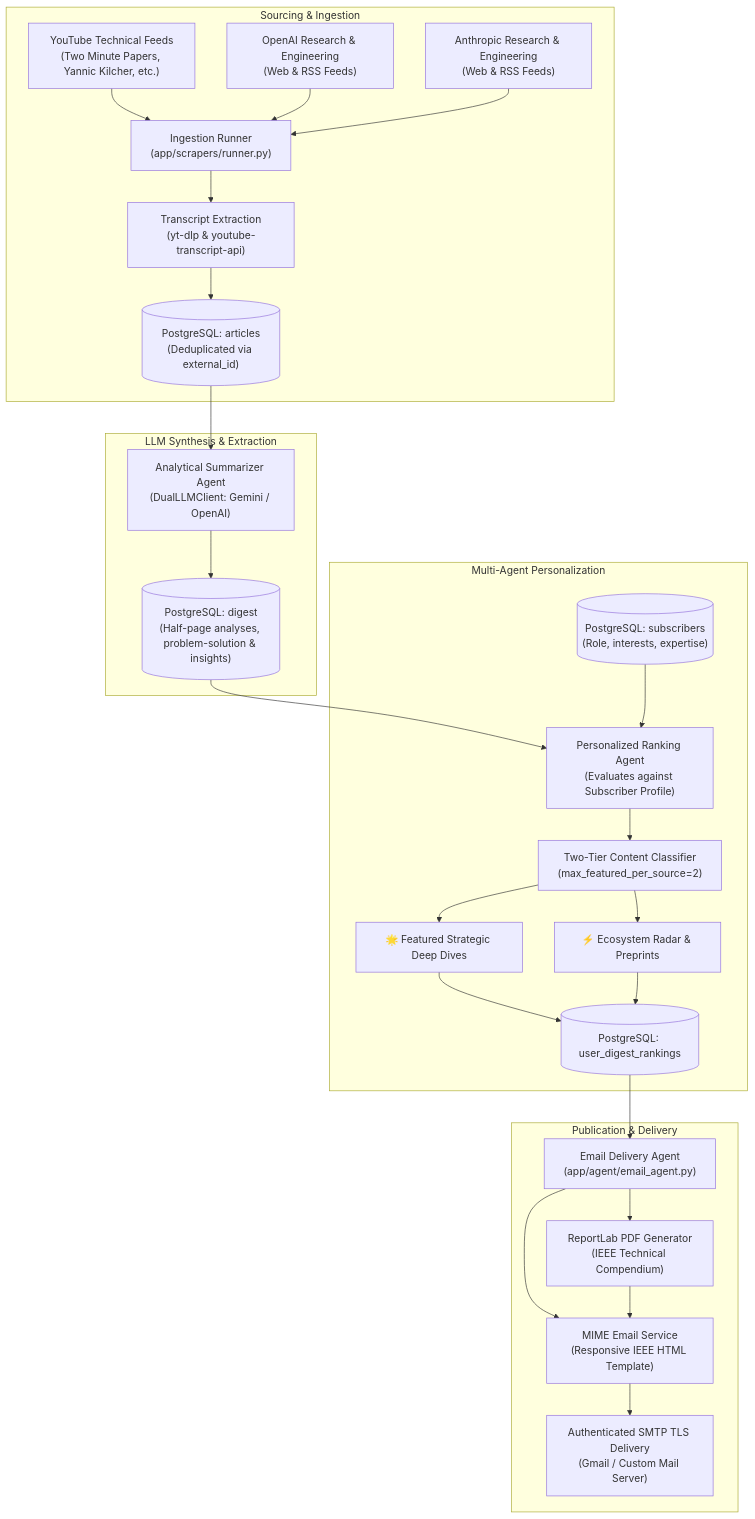
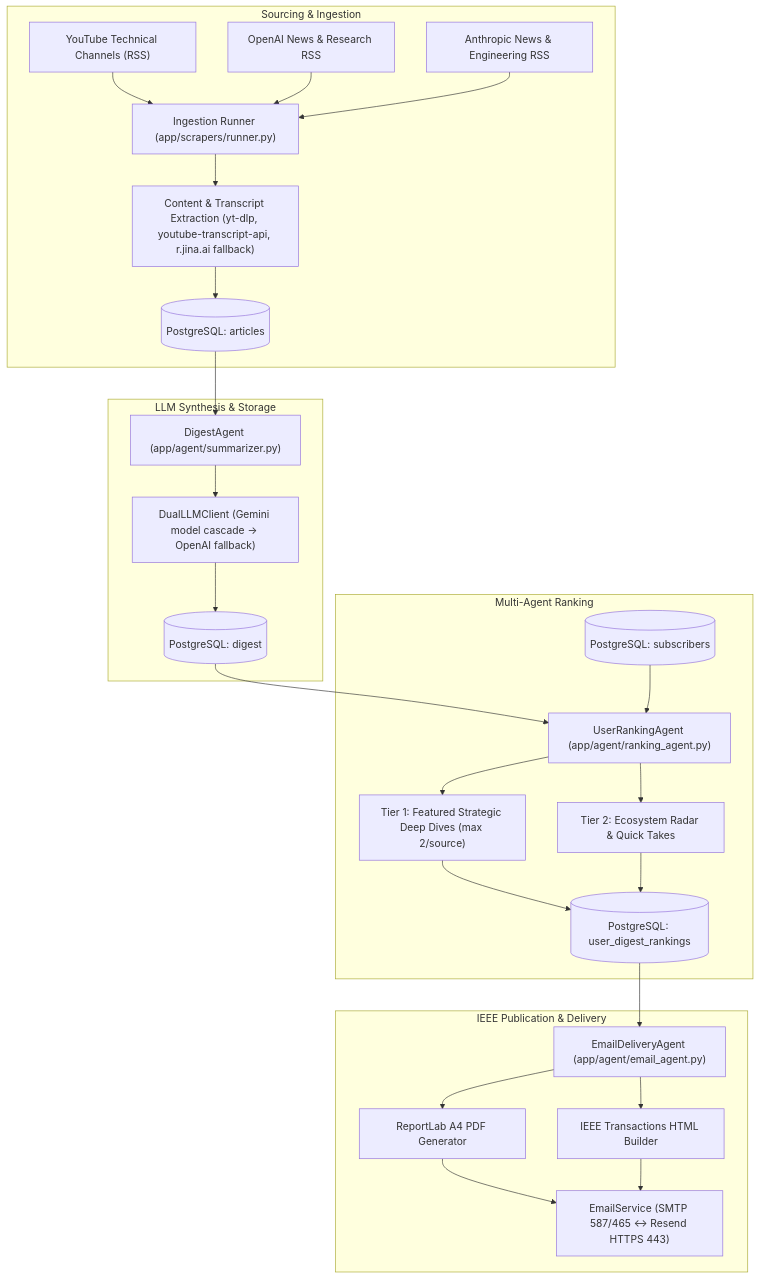
One commit to Dhruv-Chugh/AI-research-aggregator changed the diagram in README.md. Above: the diagram before and after it, drawn with Mermaid. The commit also changed other lines of this file and 23 other files, not shown here.

````diff
--- a/README.md
+++ b/README.md
@@ -35,33 +37,33 @@
 ```mermaid
 flowchart TD
-    subgraph Sourcing & Ingestion
-        YT["YouTube Technical Feeds<br/>(Two Minute Papers, Yannic Kilcher, etc.)"] --> Runner["Ingestion Runner<br/>(app/scrapers/runner.py)"]
-        OA["OpenAI Research & Engineering<br/>(Web & RSS Feeds)"] --> Runner
-        ANT["Anthropic Research & Engineering<br/>(Web & RSS Feeds)"] --> Runner
-        Runner --> Transcripts["Transcript Extraction<br/>(yt-dlp & youtube-transcript-api)"]
-        Transcripts --> ArticlesDB[("PostgreSQL: articles<br/>(Deduplicated via external_id)")]
+    subgraph Ingestion["Sourcing & Ingestion"]
+        YT["YouTube Technical Channels (RSS)"] --> Runner["Ingestion Runner (app/scrapers/runner.py)"]
+        OA["OpenAI News & Research RSS"] --> Runner
+        ANT["Anthropic News & Engineering RSS"] --> Runner
+        Runner --> Extract["Content & Transcript Extraction (yt-dlp, youtube-transcript-api, r.jina.ai fallback)"]
+        Extract --> ArticlesDB[("PostgreSQL: articles")]
     end
 
-    subgraph LLM Synthesis & Extraction
-        ArticlesDB --> SummarizerAgent["Analytical Summarizer Agent<br/>(DualLLMClient: Gemini / OpenAI)"]
-        SummarizerAgent --> DigestDB[("PostgreSQL: digest<br/>(Half-page analyses, problem-solution & insights)")]
+    subgraph Synthesis["LLM Synthesis & Storage"]
+        ArticlesDB --> Summarizer["DigestAgent (app/agent/summarizer.py)"]
+        Summarizer --> Gemini["DualLLMClient (Gemini model cascade -> OpenAI fallback)"]
+        Gemini --> DigestDB[("PostgreSQL: digest")]
     end
 
-    subgraph Multi-Agent Personalization
-        DigestDB --> UserRankingAgent["Personalized Ranking Agent<br/>(Evaluates against Subscriber Profile)"]
-        SubscribersDB[("PostgreSQL: subscribers<br/>(Role, interests, expertise)")] --> UserRankingAgent
-        UserRankingAgent --> Classifier["Two-Tier Content Classifier<br/>(max_featured_per_source=2)"]
-        Classifier --> Tier1["🌟 Featured Strategic Deep Dives"]
-        Classifier --> Tier2["⚡ Ecosystem Radar & Preprints"]
-        Tier1 --> UserRankingsDB[("PostgreSQL: user_digest_rankings")]
-        Tier2 --> UserRankingsDB
+    subgraph Personalization["Multi-Agent Ranking"]
+        DigestDB --> Ranker["UserRankingAgent (app/agent/ranking_agent.py)"]
+        SubDB[("PostgreSQL: subscribers")] --> Ranker
+        Ranker --> Tier1["Tier 1: Featured Strategic Deep Dives (max 2/source)"]
+        Ranker --> Tier2["Tier 2: Ecosystem Radar & Quick Takes"]
+        Tier1 --> RankingsDB[("PostgreSQL: user_digest_rankings")]
+        Tier2 --> RankingsDB
     end
 
-    subgraph Publication & Delivery
-        UserRankingsDB --> EmailDeliveryAgent["Email Delivery Agent<br/>(app/agent/email_agent.py)"]
-        EmailDeliveryAgent --> PDFGen["ReportLab PDF Generator<br/>(IEEE Technical Compendium)"]
-        EmailDeliveryAgent --> EmailSvc["MIME Email Service<br/>(Responsive IEEE HTML Template)"]
-        PDFGen --> EmailSvc
-        EmailSvc --> SMTP["Authenticated SMTP TLS Delivery<br/>(Gmail / Custom Mail Server)"]
+    subgraph Delivery["IEEE Publication & Delivery"]
+        RankingsDB --> EmailAgent["EmailDeliveryAgent (app/agent/email_agent.py)"]
+        EmailAgent --> PDF["ReportLab A4 PDF Generator"]
+        EmailAgent --> HTML["IEEE Transactions HTML Builder"]
+        PDF --> EmailSvc["EmailService (SMTP 587/465 <-> Resend HTTPS 443)"]
+        HTML --> EmailSvc
     end
 ```
````
